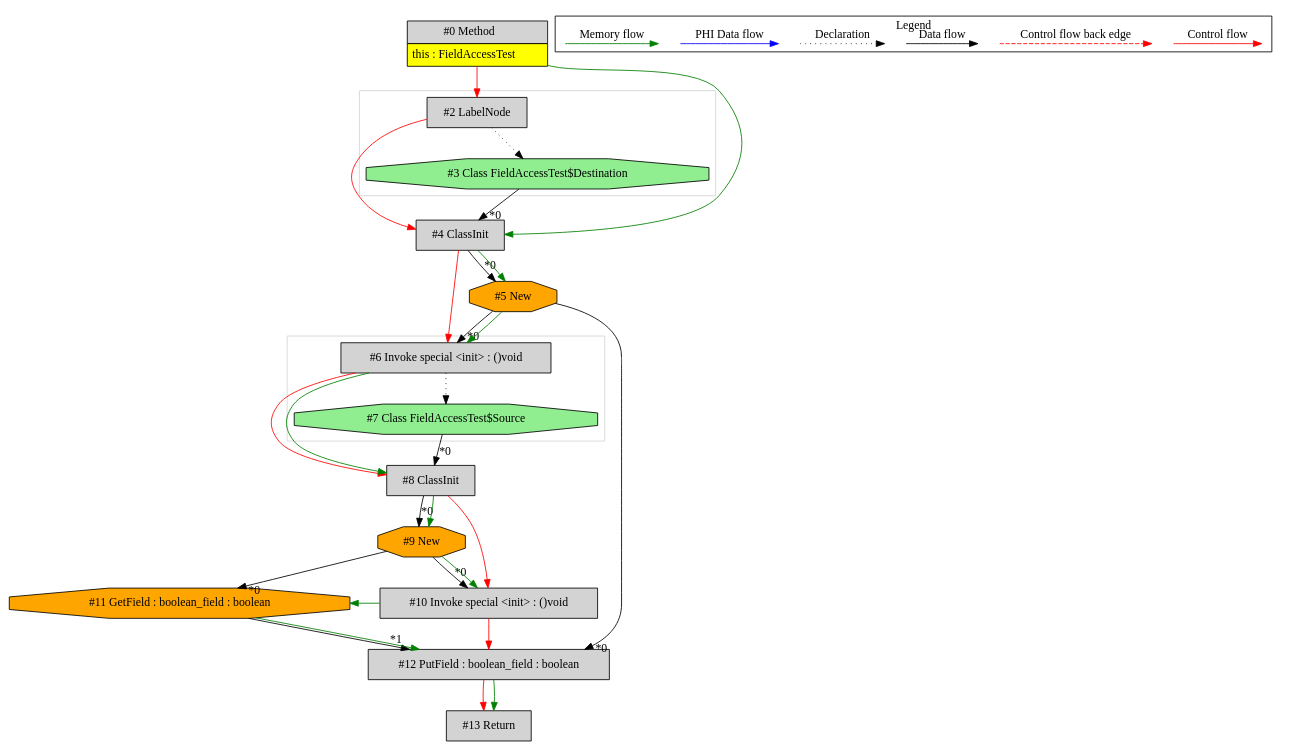
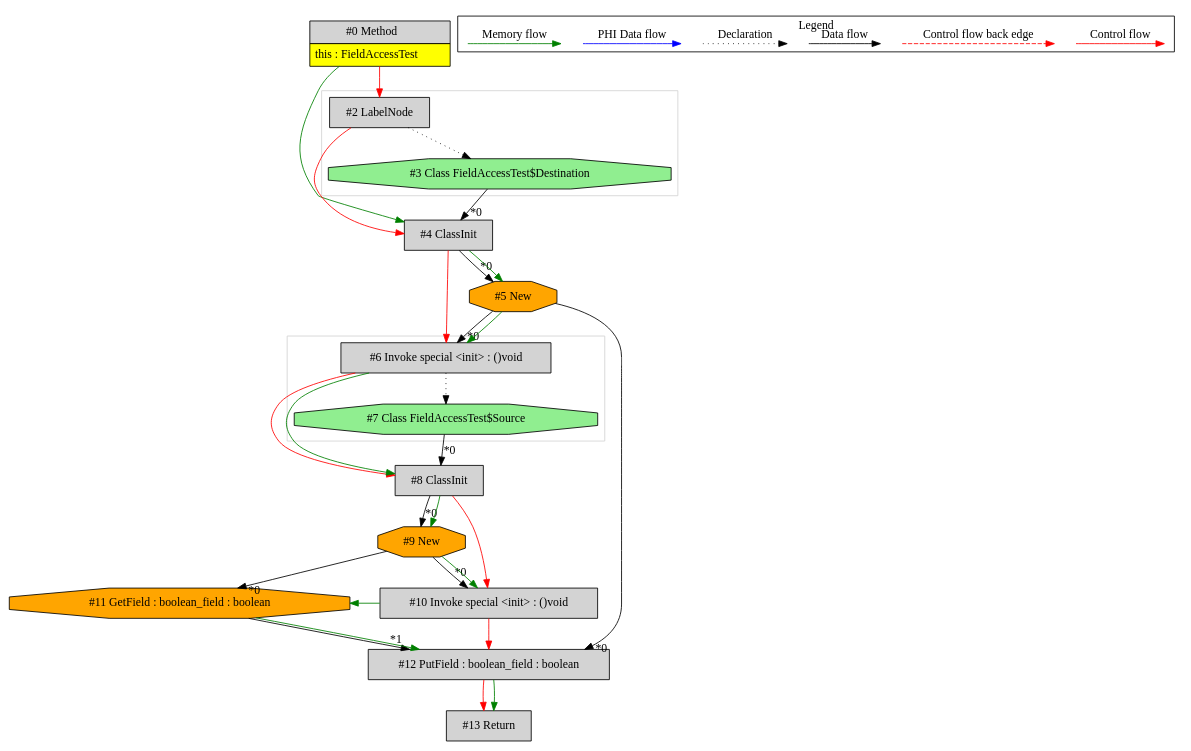
One commit to mirkosertic/MetaIR changed the diagram in de.mirkosertic.metair.ir.examples.FieldAccessTest/copy_boolean/ir.dot. Above: the diagram before and after it, drawn with Graphviz. The commit also changed other lines of this file and 1256 other files, not shown here.

```diff
--- a/de.mirkosertic.metair.ir.examples.FieldAccessTest/copy_boolean/ir.dot
+++ b/de.mirkosertic.metair.ir.examples.FieldAccessTest/copy_boolean/ir.dot
@@ -1,79 +1,79 @@
 digraph {
  ordering="in";
  node0[margin="0", label=<<table border="0" cellborder="1" cellspacing="0" cellpadding="5"><tr><td colspan="1">#0 Method</td></tr><tr><td port="prj1" bgcolor="yellow">this : FieldAccessTest</td></tr></table>>,shape=none, fillcolor=lightgrey, style=filled];
+ node4[label="#4 ClassInit",shape=box, fillcolor=lightgrey, style=filled];
+ node3 -> node4[headlabel="*0", labeldistance=2];
+ node2 -> node4[labeldistance=2, color=red, fontcolor=red];
+ node0 -> node4[labeldistance=2, color=green, constraint=false];
  node2[label="#2 LabelNode",shape=box, fillcolor=lightgrey, style=filled];
  node0 -> node2[labeldistance=2, color=red, fontcolor=red];
  node3[label="#3 Class FieldAccessTest$Destination",shape=octagon, fillcolor=lightgreen, style=filled];
  node2 -> node3[style=dotted];
- node4[label="#4 ClassInit",shape=box, fillcolor=lightgrey, style=filled];
- node3 -> node4[headlabel="*0", labeldistance=2];
- node2 -> node4[labeldistance=2, color=red, fontcolor=red];
- node0 -> node4[labeldistance=2, color=green, constraint=false];
  node6[label="#6 Invoke special <init> : ()void",shape=box, fillcolor=lightgrey, style=filled];
  node5 -> node6[headlabel="*0", labeldistance=2];
  node4 -> node6[labeldistance=2, color=red, fontcolor=red];
  node5 -> node6[labeldistance=2, color=green, constraint=false];
  node5[label="#5 New",shape=octagon, fillcolor=orange, style=filled];
  node4 -> node5[headlabel="*0", labeldistance=2];
  node4 -> node5[labeldistance=2, color=green, constraint=false];
  node12[label="#12 PutField : boolean_field : boolean",shape=box, fillcolor=lightgrey, style=filled];
  node5 -> node12[headlabel="*0", labeldistance=2];
  node11 -> node12[headlabel="*1", labeldistance=2];
  node11 -> node12[labeldistance=2, color=green, constraint=false];
  node10 -> node12[labeldistance=2, color=red, fontcolor=red];
  node10[label="#10 Invoke special <init> : ()void",shape=box, fillcolor=lightgrey, style=filled];
  node9 -> node10[headlabel="*0", labeldistance=2];
  node8 -> node10[labeldistance=2, color=red, fontcolor=red];
  node9 -> node10[labeldistance=2, color=green, constraint=false];
  node9[label="#9 New",shape=octagon, fillcolor=orange, style=filled];
  node8 -> node9[headlabel="*0", labeldistance=2];
  node8 -> node9[labeldistance=2, color=green, constraint=false];
  node8[label="#8 ClassInit",shape=box, fillcolor=lightgrey, style=filled];
  node7 -> node8[headlabel="*0", labeldistance=2];
  node6 -> node8[labeldistance=2, color=red, fontcolor=red];
  node6 -> node8[labeldistance=2, color=green, constraint=false];
  node7[label="#7 Class FieldAccessTest$Source",shape=octagon, fillcolor=lightgreen, style=filled];
  node6 -> node7[style=dotted];
  node11[label="#11 GetField : boolean_field : boolean",shape=octagon, fillcolor=orange, style=filled];
  node9 -> node11[headlabel="*0", labeldistance=2];
  node10 -> node11[labeldistance=2, color=green, constraint=false];
  node13[label="#13 Return",shape=box, fillcolor=lightgrey, style=filled];
  node12 -> node13[labeldistance=2, color=red, fontcolor=red];
  node12 -> node13[labeldistance=2, color=green, constraint=false];
  subgraph cluster_0 {
   color=lightgray;
-  node6;
-  node7;
+  node2;
+  node3;
  }
  subgraph cluster_1 {
   color=lightgray;
-  node2;
-  node3;
+  node6;
+  node7;
  }
  subgraph cluster_000 {
   label = "Legend";
   node [shape=point]
   {
    rank=same;
    c0 [style = invis];
    c1 [style = invis];
    c2 [style = invis];
    c3 [style = invis];
    d0 [style = invis];
    d1 [style = invis];
    d2 [style = invis];
    d3 [style = invis];
    d4 [style = invis];
    d5 [style = invis];
    d6 [style = invis];
    d7 [style = invis];
   }
   c0 -> c1 [label="Control flow", style=solid, color=red]
   c2 -> c3 [label="Control flow back edge", style=dashed, color=red]
   d0 -> d1 [label="Data flow"]
   d2 -> d3 [label="Declaration", style=dotted]
   d4 -> d5 [label="PHI Data flow", color=blue]
   d6 -> d7 [label="Memory flow", color=green]
  }
 
 }
```
